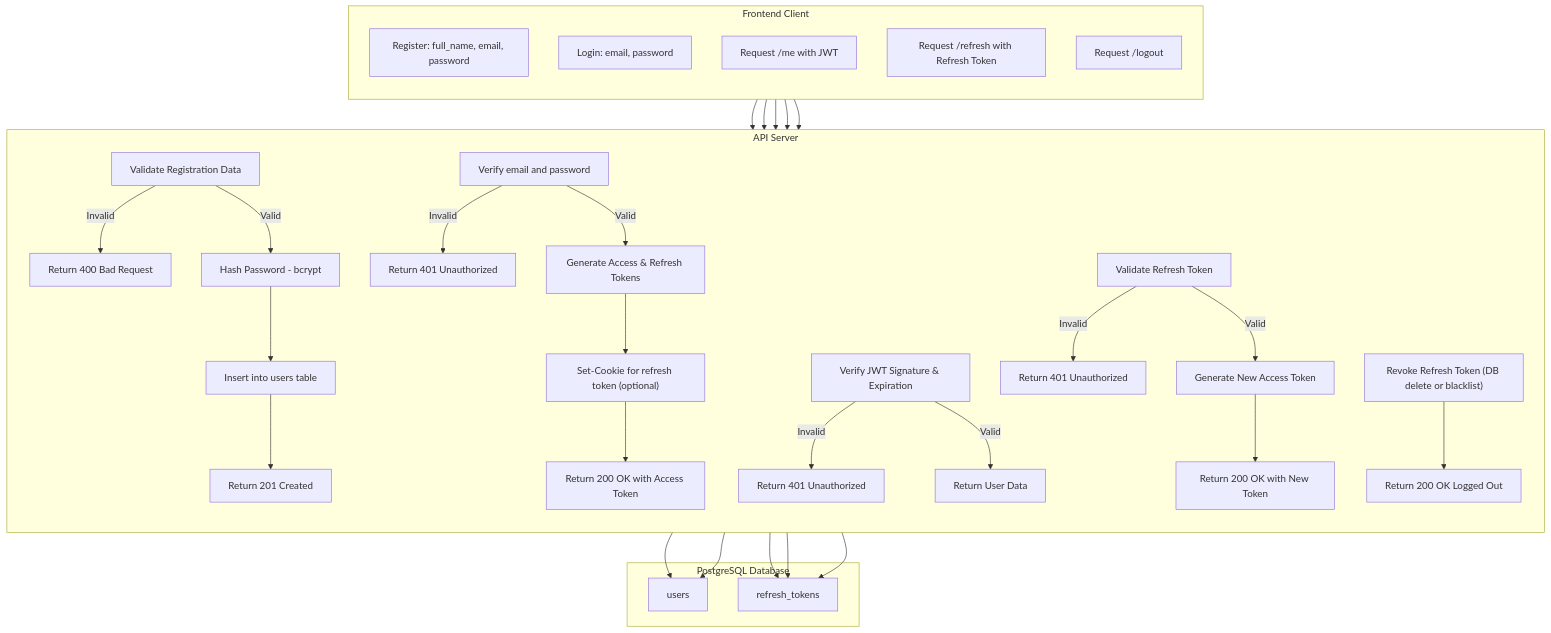
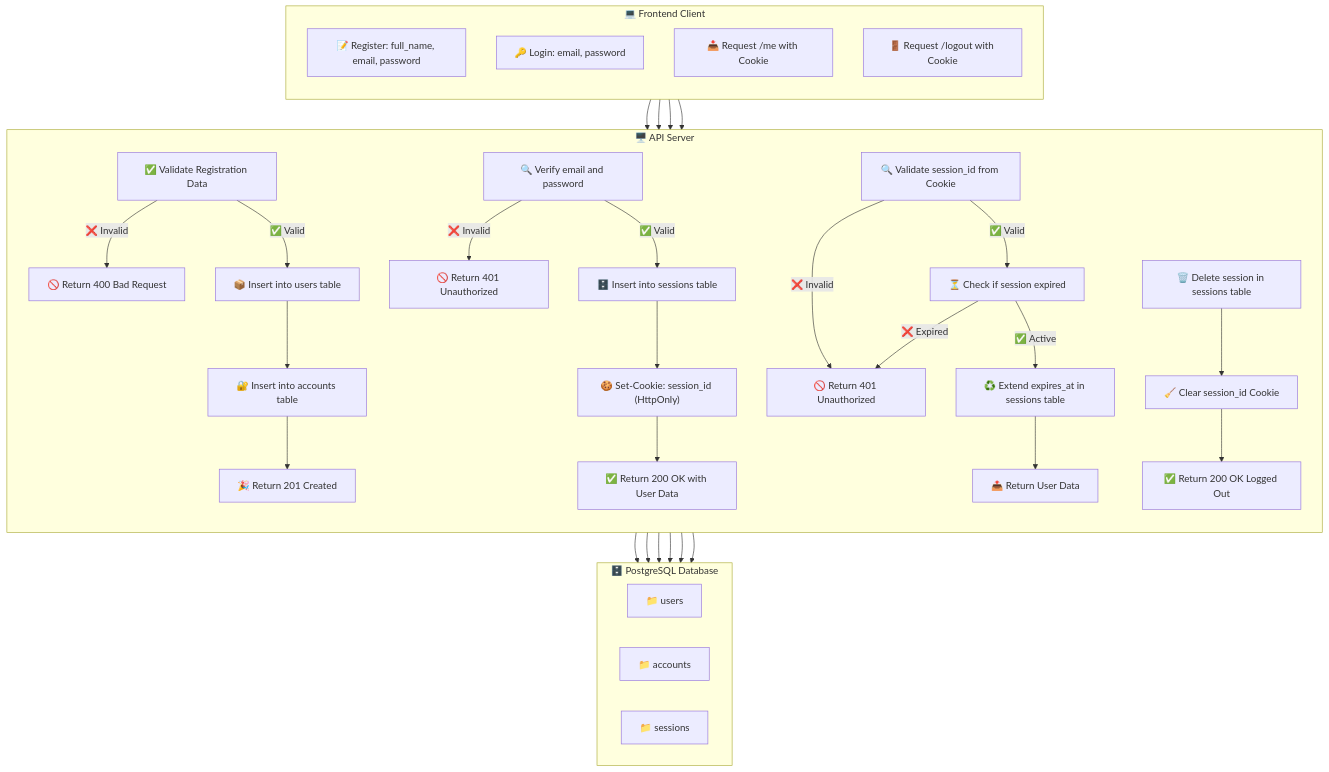
The diagram in Readme.md (jordantanaliga100/tokenBasedAuth), drawn with Mermaid before and after one commit. The commit also changed other lines of this file and 42 other files, not shown here.

````diff
--- a/Readme.md
+++ b/Readme.md
@@ -42,60 +41,59 @@
 ```mermaid
 flowchart TD
     %% CLIENT
-    subgraph CLIENT [Frontend Client]
+    subgraph CLIENT [💻 Frontend Client]
         direction TB
-        REG["Register: full_name, email, password"]
-        LOG["Login: email, password"]
-        API_REQ["Request /me with JWT"]
-        REFRESH["Request /refresh with Refresh Token"]
-        OUT["Request /logout"]
+        REG["📝 Register: full_name, email, password"]
+        LOG["🔑 Login: email, password"]
+        ME["📥 Request /me with Cookie"]
+        OUT["🚪 Request /logout with Cookie"]
     end
 
     %% SERVER
-    subgraph SERVER [API Server]
+    subgraph SERVER [🖥️ API Server]
         direction TB
 
         %% Register
-        REG --> REG_VALIDATE["Validate Registration Data"]
-        REG_VALIDATE -- Invalid --> REG_ERR["Return 400 Bad Request"]
-        REG_VALIDATE -- Valid --> REG_HASH["Hash Password - bcrypt"]
-        REG_HASH --> REG_SAVE["Insert into users table"]
-        REG_SAVE --> REG_DONE["Return 201 Created"]
+        REG --> REG_VALIDATE["✅ Validate Registration Data"]
+        REG_VALIDATE -- ❌ Invalid --> REG_ERR["🚫 Return 400 Bad Request"]
+        REG_VALIDATE -- ✅ Valid --> REG_USERS["📦 Insert into users table"]
+        REG_USERS --> REG_ACCOUNTS["🔐 Insert into accounts table"]
+        REG_ACCOUNTS --> REG_DONE["🎉 Return 201 Created"]
 
         %% Login
-        LOG --> LOG_VERIFY["Verify email and password"]
-        LOG_VERIFY -- Invalid --> LOG_ERR["Return 401 Unauthorized"]
-        LOG_VERIFY -- Valid --> LOG_GEN_TOKEN["Generate Access & Refresh Tokens"]
-        LOG_GEN_TOKEN --> LOG_SET_COOKIE["Set-Cookie for refresh token (optional)"]
-        LOG_SET_COOKIE --> LOG_DONE["Return 200 OK with Access Token"]
+        LOG --> LOG_VERIFY["🔍 Verify email and password"]
+        LOG_VERIFY -- ❌ Invalid --> LOG_ERR["🚫 Return 401 Unauthorized"]
+        LOG_VERIFY -- ✅ Valid --> LOG_SESSION["🗄️ Insert into sessions table"]
+        LOG_SESSION --> LOG_COOKIE["🍪 Set-Cookie: session_id (HttpOnly)"]
+        LOG_COOKIE --> LOG_DONE["✅ Return 200 OK with User Data"]
 
-        %% Access Protected Route
-        API_REQ --> API_VALIDATE["Verify JWT Signature & Expiration"]
-        API_VALIDATE -- Invalid --> API_ERR["Return 401 Unauthorized"]
-        API_VALIDATE -- Valid --> API_DONE["Return User Data"]
-
-        %% Refresh Token
-        REFRESH --> REFRESH_VERIFY["Validate Refresh Token"]
-        REFRESH_VERIFY -- Invalid --> REFRESH_ERR["Return 401 Unauthorized"]
-        REFRESH_VERIFY -- Valid --> REFRESH_NEW["Generate New Access Token"]
-        REFRESH_NEW --> REFRESH_DONE["Return 200 OK with New Token"]
+        %% Me
+        ME --> ME_VALIDATE["🔍 Validate session_id from Cookie"]
+        ME_VALIDATE -- ❌ Invalid --> ME_ERR["🚫 Return 401 Unauthorized"]
+        ME_VALIDATE -- ✅ Valid --> ME_CHECK_EXP["⏳ Check if session expired"]
+        ME_CHECK_EXP -- ❌ Expired --> ME_ERR
+        ME_CHECK_EXP -- ✅ Active --> ME_EXTEND["♻️ Extend expires_at in sessions table"]
+        ME_EXTEND --> ME_DONE["📤 Return User Data"]
 
         %% Logout
-        OUT --> OUT_REVOKE["Revoke Refresh Token (DB delete or blacklist)"]
-        OUT_REVOKE --> OUT_DONE["Return 200 OK Logged Out"]
+        OUT --> OUT_DELETE["🗑️ Delete session in sessions table"]
+        OUT_DELETE --> OUT_CLEAR["🧹 Clear session_id Cookie"]
+        OUT_CLEAR --> OUT_DONE["✅ Return 200 OK Logged Out"]
     end
 
     %% DATABASE
-    subgraph DB [PostgreSQL Database]
-        USERS["users"]
-        REFRESH_TOKENS["refresh_tokens"]
+    subgraph DB [🗄️ PostgreSQL Database]
+     direction RL
+        USERS["📁 users"]
+        ACCOUNTS["📁 accounts"]
+        SESSIONS["📁 sessions"]
     end
 
     %% DB Interactions
-    REG_SAVE --> USERS
-    LOG_VERIFY --> USERS
-    REFRESH_VERIFY --> REFRESH_TOKENS
-    REFRESH_NEW --> REFRESH_TOKENS
-    OUT_REVOKE --> REFRESH_TOKENS
-
+    REG_USERS --> USERS
+    REG_ACCOUNTS --> ACCOUNTS
+    LOG_SESSION --> SESSIONS
+    ME_VALIDATE --> SESSIONS
+    ME_EXTEND --> SESSIONS
+    OUT_DELETE --> SESSIONS
 ```
````
